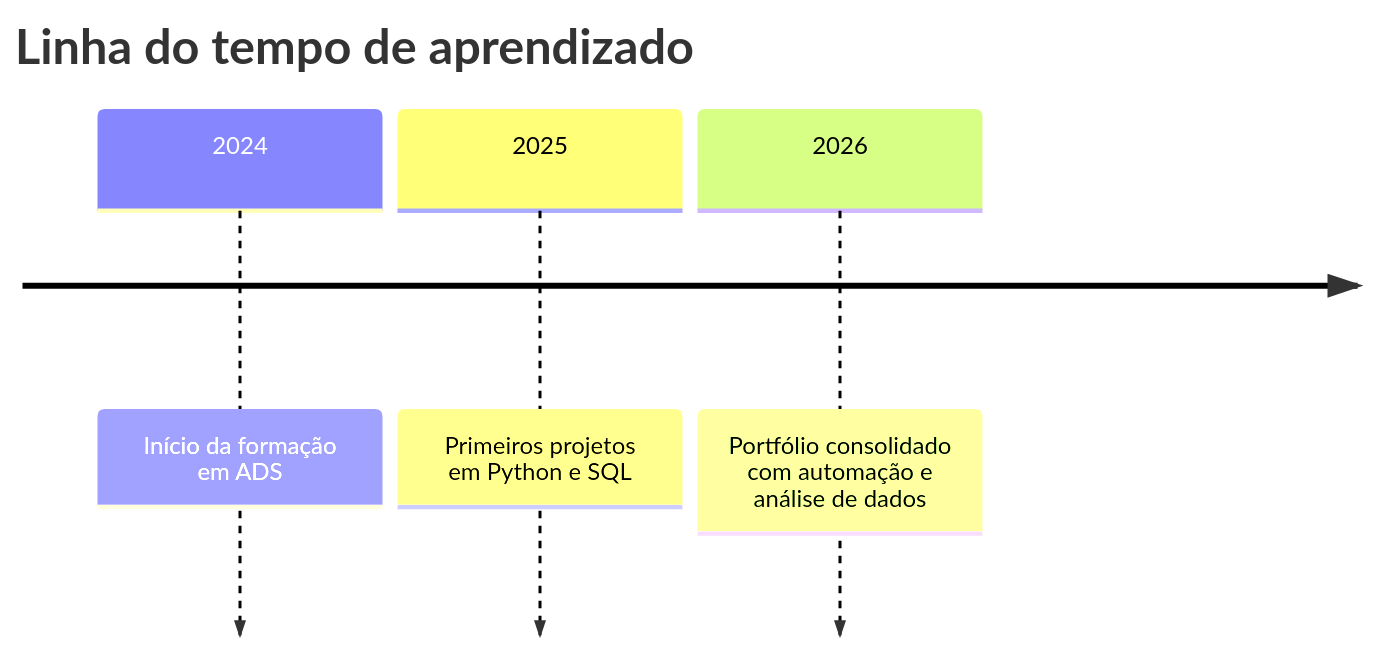
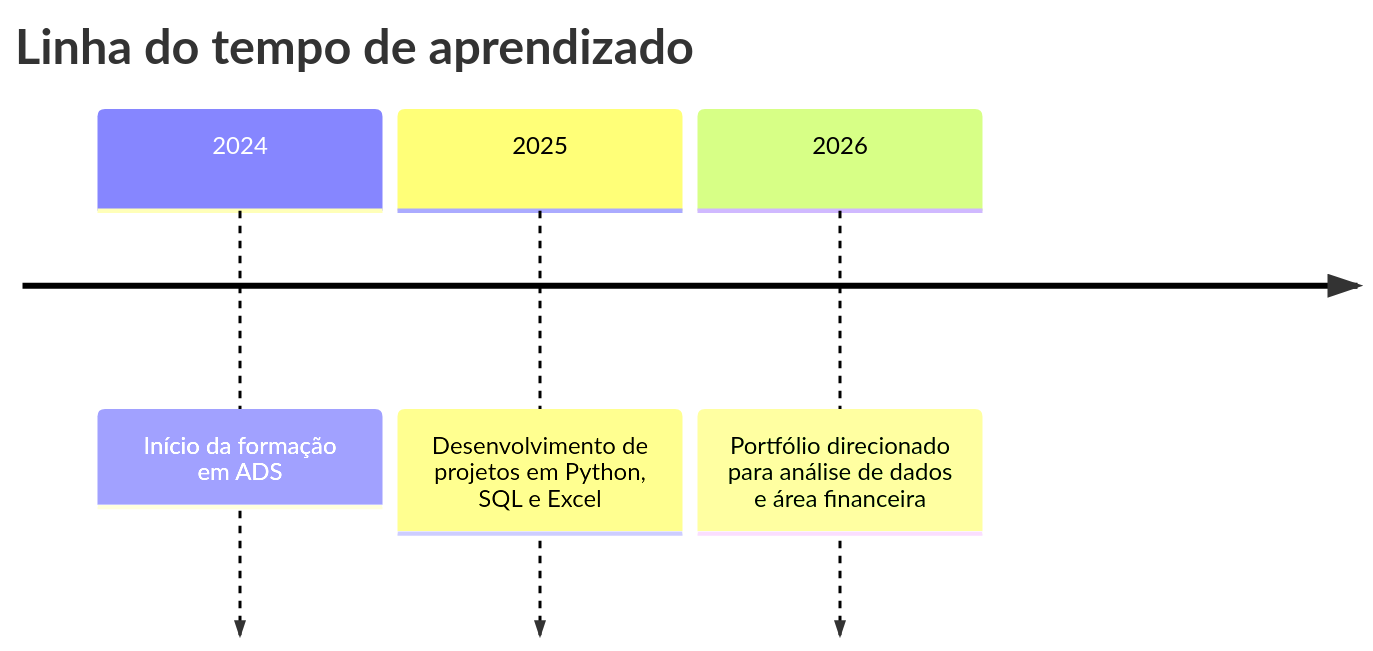
Before and after one commit to GiseliirSilva/GiseliirSilva: the first of 2 diagrams in README.md, drawn with Mermaid. The commit also changed other lines of this file, not shown here.

````diff
--- a/README.md
+++ b/README.md
@@ -47,7 +71,7 @@
-```mermaid 
+```mermaid
 timeline
 title Linha do tempo de aprendizado
 2024 : Início da formação em ADS
-2025 : Primeiros projetos em Python e SQL
-2026 : Portfólio consolidado com automação e análise de dados
+2025 : Desenvolvimento de projetos em Python, SQL e Excel
+2026 : Portfólio direcionado para análise de dados e área financeira
 ```
````
